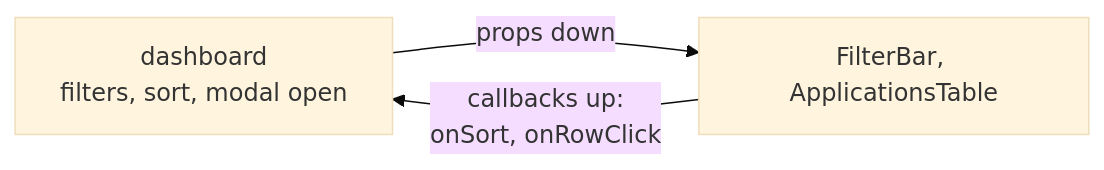
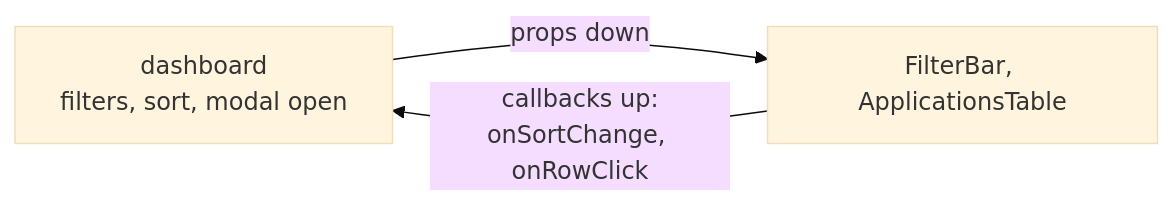
One commit to c0k0n/job-tracker changed the second of 4 diagrams in docs/components.md. Above: the diagram before and after it, drawn with Mermaid (base theme). The commit also changed other lines of this file and 16 other files, not shown here.

````diff
--- a/docs/components.md
+++ b/docs/components.md
@@ -52,5 +52,5 @@
 ```mermaid
 flowchart LR
     D["dashboard<br/>filters, sort, modal open"] -->|"props down"| C["FilterBar, ApplicationsTable"]
-    C -->|"callbacks up:<br/>onSort, onRowClick"| D
+    C -->|"callbacks up:<br/>onSortChange, onRowClick"| D
 ```
````
